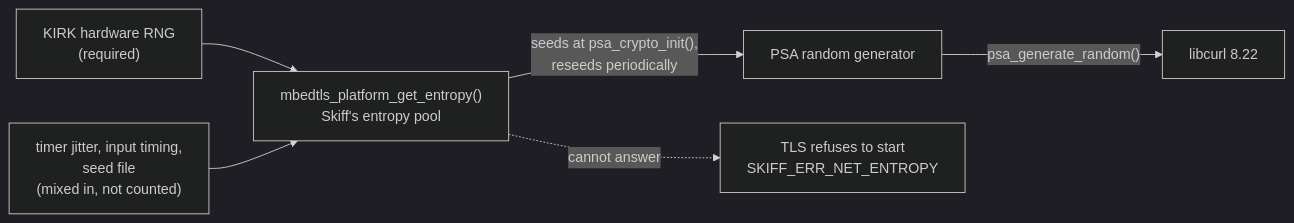
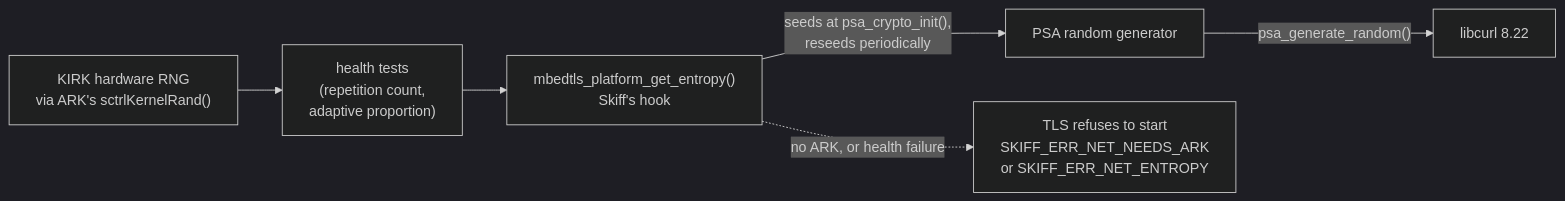
Before and after one commit to chiva/skiff: the second of 2 diagrams in docs/development/tls.md, drawn with Mermaid (dark theme). The commit also changed other lines of this file and 20 other files, not shown here.

First line of the commit message:
feat(net): seed TLS from KIRK through ARK, behind a health test (#13)

````diff
--- a/docs/development/tls.md
+++ b/docs/development/tls.md
@@ -72,8 +72,8 @@
 ```mermaid
 flowchart LR
-    kirk["KIRK hardware RNG<br/>(required)"] --> pool
-    extra["timer jitter, input timing,<br/>seed file<br/>(mixed in, not counted)"] --> pool
-    pool["mbedtls_platform_get_entropy()<br/>Skiff's entropy pool"] -->|"seeds at psa_crypto_init(),<br/>reseeds periodically"| drbg["PSA random generator"]
+    kirk["KIRK hardware RNG<br/>via ARK's sctrlKernelRand()"] --> health["health tests<br/>(repetition count,<br/>adaptive proportion)"]
+    health --> hook["mbedtls_platform_get_entropy()<br/>Skiff's hook"]
+    hook -->|"seeds at psa_crypto_init(),<br/>reseeds periodically"| drbg["PSA random generator"]
     drbg -->|"psa_generate_random()"| curl["libcurl 8.22"]
-    pool -. "cannot answer" .-> fail["TLS refuses to start<br/>SKIFF_ERR_NET_ENTROPY"]
+    hook -. "no ARK, or health failure" .-> fail["TLS refuses to start<br/>SKIFF_ERR_NET_NEEDS_ARK<br/>or SKIFF_ERR_NET_ENTROPY"]
 ```
````
